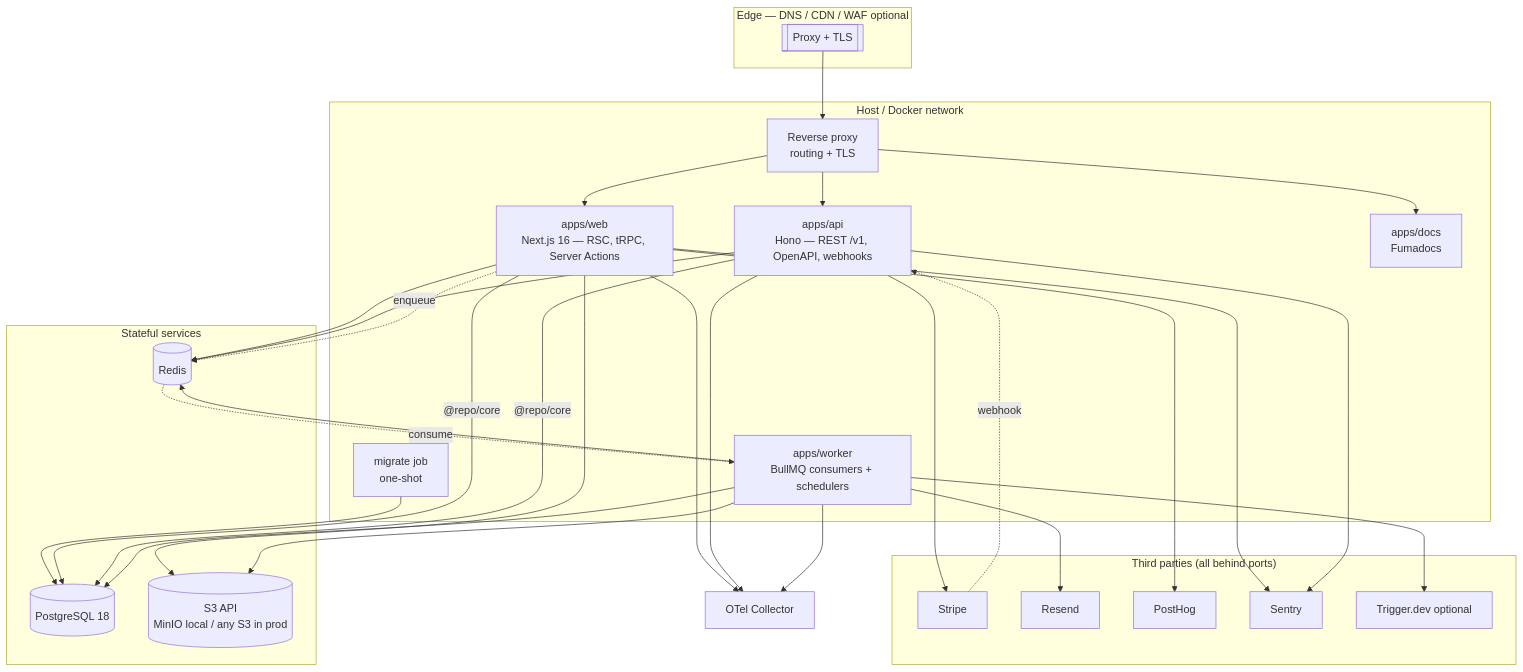
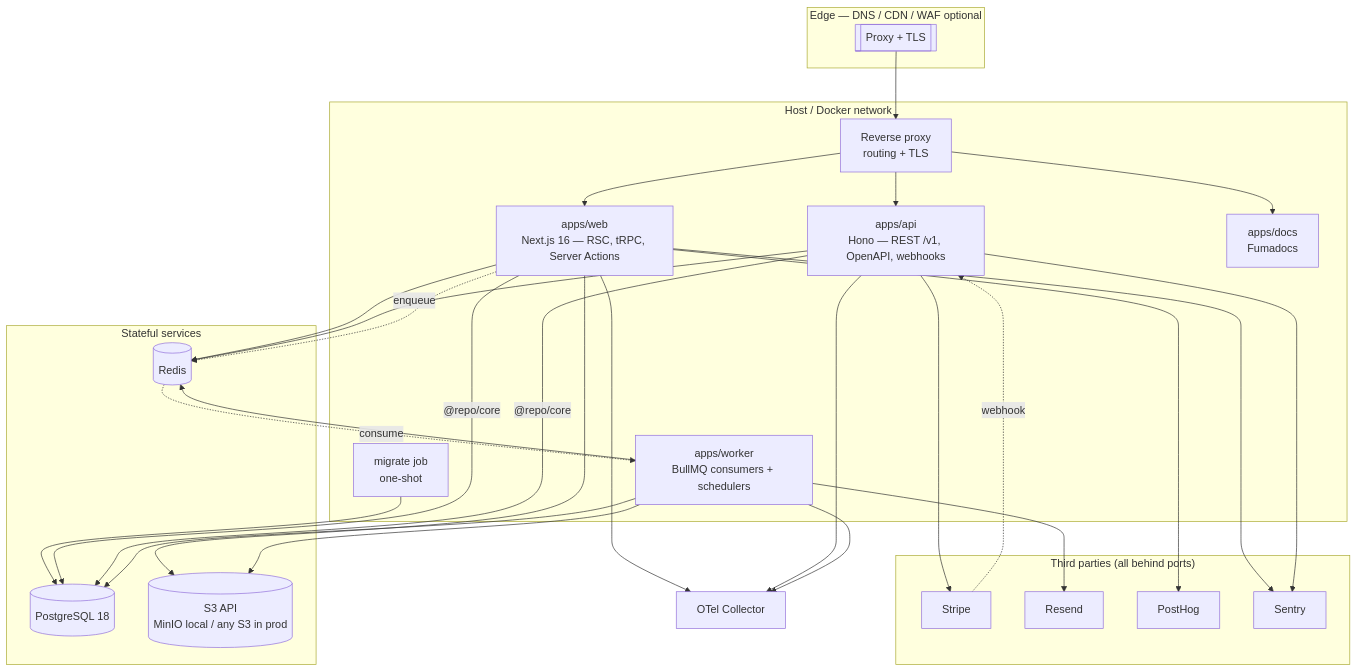
Before and after one commit to jleveneur/nextjs-boilerplate: the diagram in docs/architecture/README.md, drawn with Mermaid. The commit also changed other lines of this file and 105 other files, not shown here.

````diff
--- a/docs/architecture/README.md
+++ b/docs/architecture/README.md
@@ -233,60 +232,58 @@
 ```mermaid
 flowchart TB
     subgraph edge["Edge — DNS / CDN / WAF optional"]
         CF[["Proxy + TLS"]]
     end
 
     subgraph host["Host / Docker network"]
         TR["Reverse proxy<br/>routing + TLS"]
         WEB["apps/web<br/>Next.js 16 — RSC, tRPC, Server Actions"]
         API["apps/api<br/>Hono — REST /v1, OpenAPI, webhooks"]
         WORKER["apps/worker<br/>BullMQ consumers + schedulers"]
         DOCS["apps/docs<br/>Fumadocs"]
         MIG["migrate job<br/>one-shot"]
     end
 
     subgraph data["Stateful services"]
         PG[("PostgreSQL 18")]
         RD[("Redis")]
         S3[("S3 API<br/>MinIO local / any S3 in prod")]
     end
 
     subgraph ext["Third parties (all behind ports)"]
         STR["Stripe"]
         RES["Resend"]
         PH["PostHog"]
         SEN["Sentry"]
-        TRG["Trigger.dev optional"]
     end
 
     CF --> TR
     TR --> WEB
     TR --> API
     TR --> DOCS
     MIG --> PG
 
     WEB -->|"@repo/core"| PG
     API -->|"@repo/core"| PG
     WORKER --> PG
     WEB --> RD
     API --> RD
     WORKER --> RD
     WEB --> S3
     WORKER --> S3
 
     WEB -.->|enqueue| RD
     RD -.->|consume| WORKER
 
     API --> STR
     STR -.->|webhook| API
     WORKER --> RES
     WEB --> PH
     WEB --> SEN
     API --> SEN
-    WORKER --> TRG
 
     OTEL["OTel Collector"]
     WEB --> OTEL
     API --> OTEL
     WORKER --> OTEL
 ```
````
